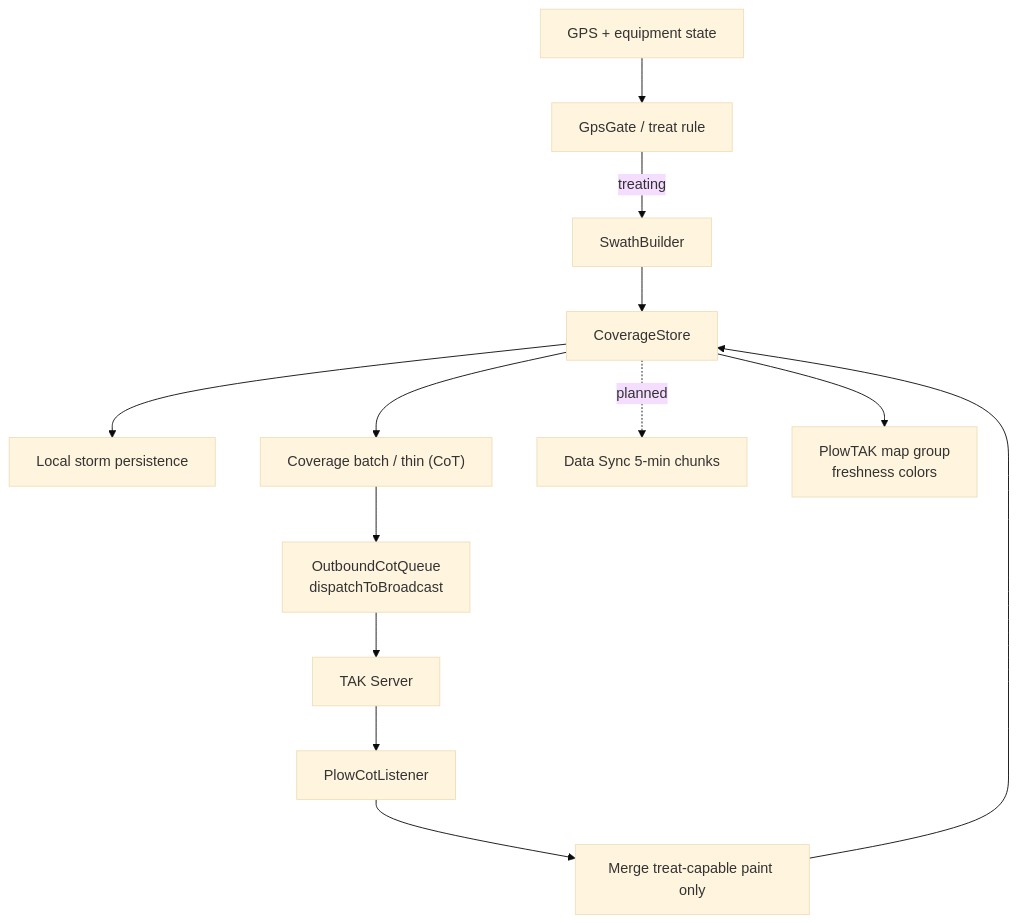
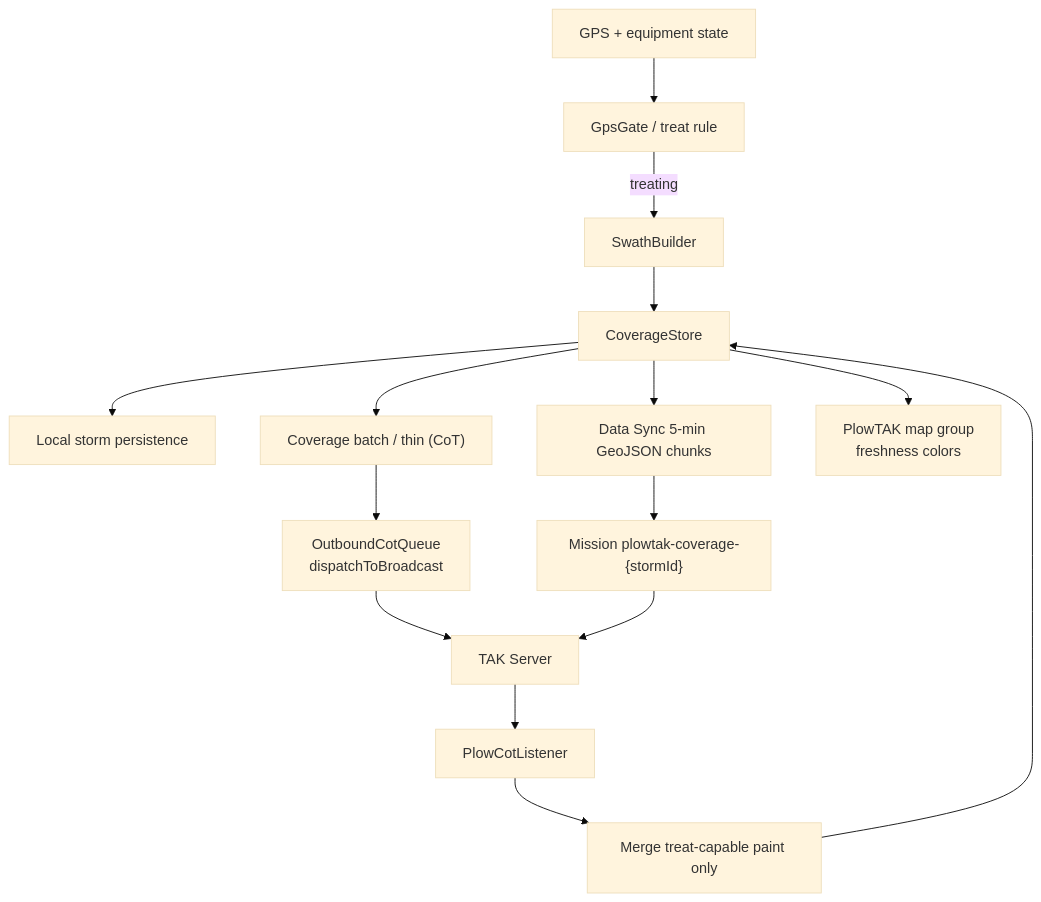
The second of 2 diagrams in README.md (CopIXus/PlowTAK), drawn with Mermaid (base theme) before and after one commit. The commit also changed other lines of this file and 29 other files, not shown here.

First line of the commit message:
Ship QuickPic hazards, Data Sync chunks, and remaining ops wiring.

````diff
--- a/README.md
+++ b/README.md
@@ -66,15 +70,17 @@
 ```mermaid
 flowchart TB
   GPS["GPS + equipment state"] --> Gate["GpsGate / treat rule"]
   Gate -->|treating| Swath["SwathBuilder"]
   Swath --> Store["CoverageStore"]
   Store --> Local["Local storm persistence"]
   Store --> Batch["Coverage batch / thin (CoT)"]
   Batch --> Queue["OutboundCotQueue<br/>dispatchToBroadcast"]
   Queue --> TAK["TAK Server"]
-  Store -.->|planned| DataSync["Data Sync 5-min chunks"]
+  Store --> DataSync["Data Sync 5-min GeoJSON chunks"]
+  DataSync --> Mission["Mission plowtak-coverage-{stormId}"]
+  Mission --> TAK
   TAK --> In["PlowCotListener"]
   In --> Merge["Merge treat-capable paint only"]
   Merge --> Store
   Store --> Map["PlowTAK map group<br/>freshness colors"]
 ```
````
